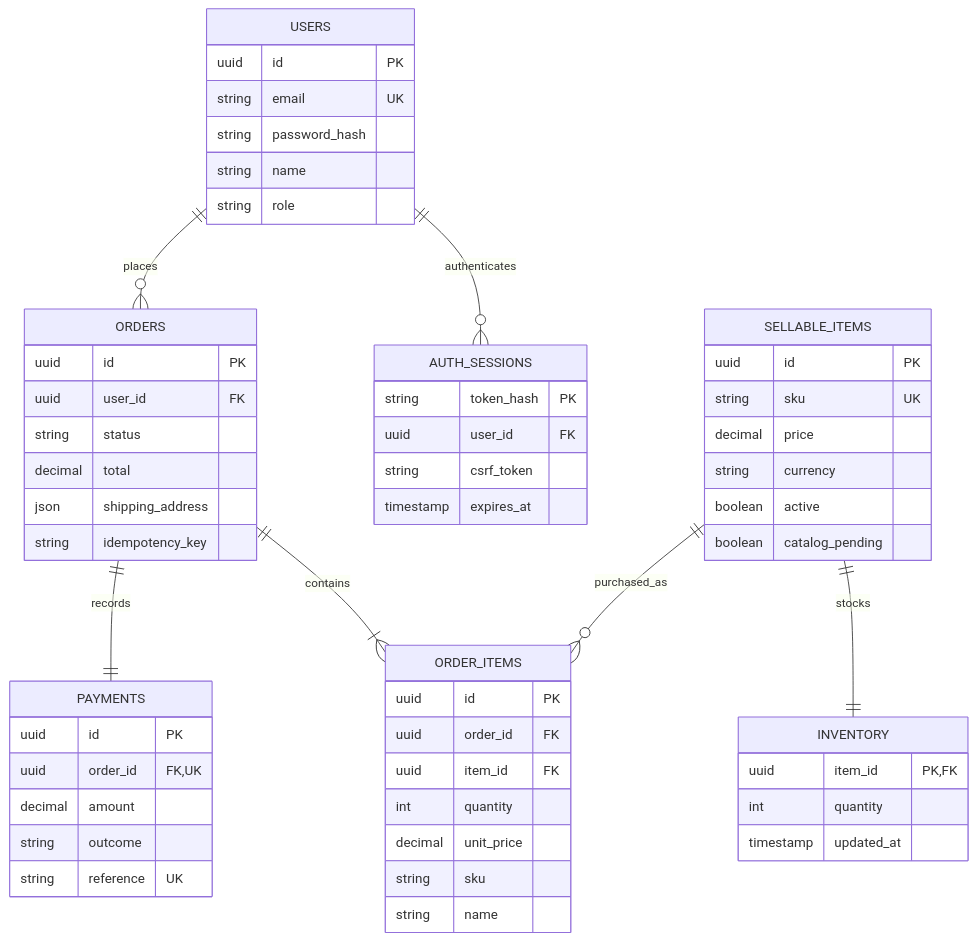
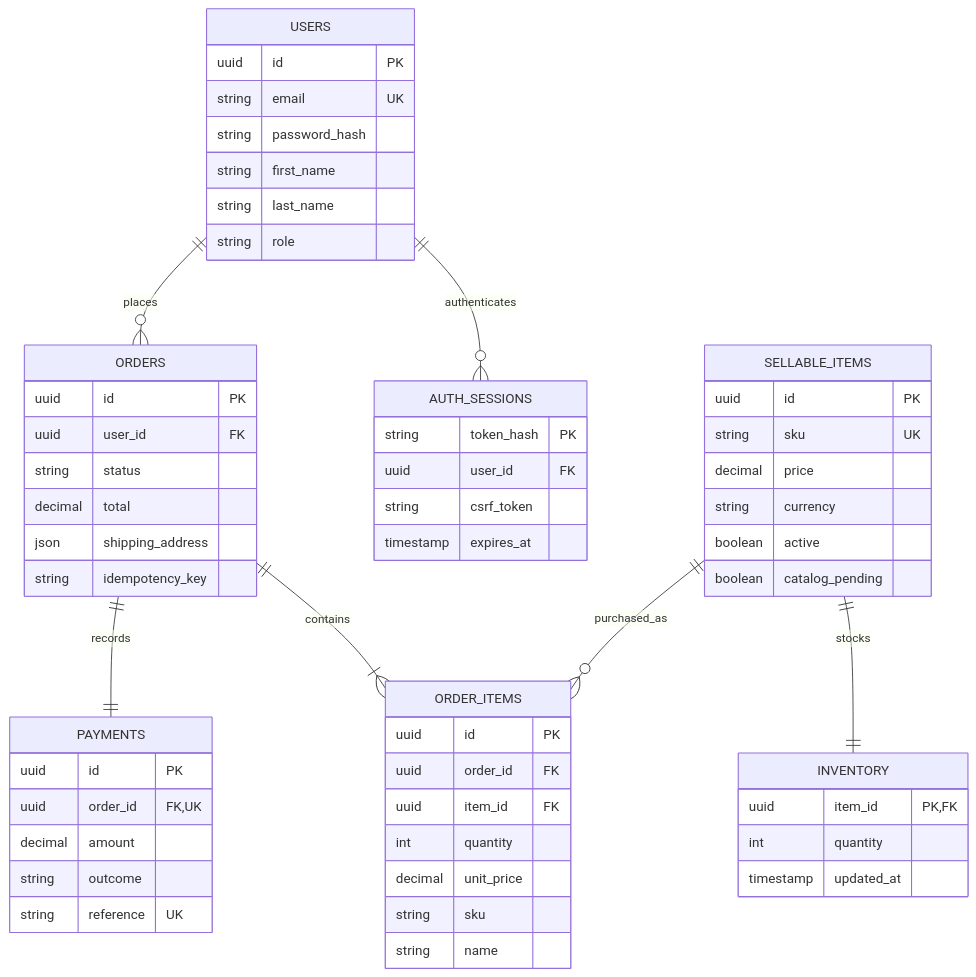
One commit to Scenarione/Electronics-Ecommerce changed the second of 2 diagrams in README.md. Above: the diagram before and after it, drawn with Mermaid. The commit also changed other lines of this file and 1 other file, not shown here.

````diff
--- a/README.md
+++ b/README.md
@@ -50,60 +191,61 @@
 ```mermaid
 erDiagram
     USERS ||--o{ AUTH_SESSIONS : authenticates
     USERS ||--o{ ORDERS : places
     ORDERS ||--|{ ORDER_ITEMS : contains
     ORDERS ||--|| PAYMENTS : records
     SELLABLE_ITEMS ||--|| INVENTORY : stocks
     SELLABLE_ITEMS ||--o{ ORDER_ITEMS : purchased_as
 
     USERS {
         uuid id PK
         string email UK
         string password_hash
-        string name
+        string first_name
+        string last_name
         string role
     }
     SELLABLE_ITEMS {
         uuid id PK
         string sku UK
         decimal price
         string currency
         boolean active
         boolean catalog_pending
     }
     INVENTORY {
         uuid item_id PK,FK
         int quantity
         timestamp updated_at
     }
     ORDERS {
         uuid id PK
         uuid user_id FK
         string status
         decimal total
         json shipping_address
         string idempotency_key
     }
     ORDER_ITEMS {
         uuid id PK
         uuid order_id FK
         uuid item_id FK
         int quantity
         decimal unit_price
         string sku
         string name
     }
     PAYMENTS {
         uuid id PK
         uuid order_id FK,UK
         decimal amount
         string outcome
         string reference UK
     }
     AUTH_SESSIONS {
         string token_hash PK
         uuid user_id FK
         string csrf_token
         timestamp expires_at
     }
 ```
````
